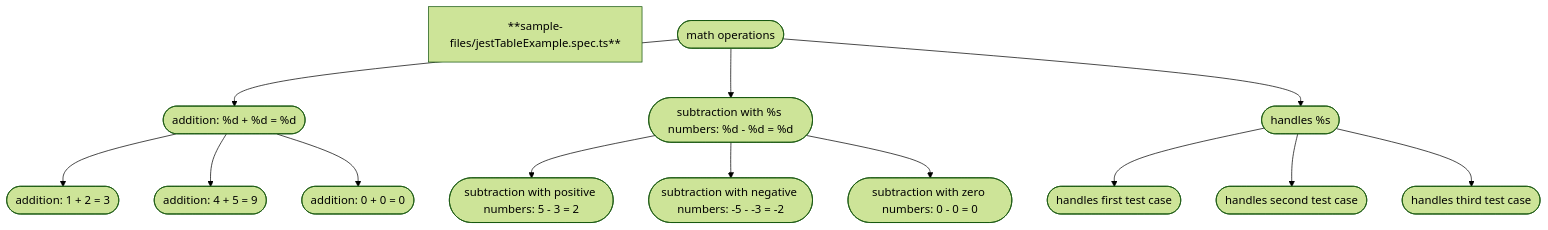
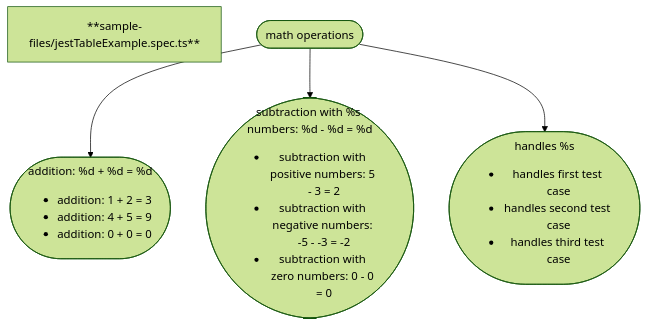
The diagram in sample-files/jestTableExample.spec.ts.mmd (arnaudrenaud/speccharts), drawn with Mermaid (forest theme) before and after one commit. The commit also changed 2 other files, not shown here.

```diff
--- a/sample-files/jestTableExample.spec.ts.mmd
+++ b/sample-files/jestTableExample.spec.ts.mmd
@@ -1,29 +1,11 @@
 flowchart TD
 title["**sample-files/jestTableExample.spec.ts**"]
 N0(["math operations"])
-N1(["addition: %d + %d = %d"])
+N1(["addition: %d + %d = %d<ul><li>addition: 1 + 2 = 3</li><li>addition: 4 + 5 = 9</li><li>addition: 0 + 0 = 0</li></ul>"])
 N0 --> N1
-N2(["addition: 1 + 2 = 3"])
-N1 --> N2
-N3(["addition: 4 + 5 = 9"])
-N1 --> N3
-N4(["addition: 0 + 0 = 0"])
-N1 --> N4
-N5(["subtraction with %s numbers: %d - %d = %d"])
-N0 --> N5
-N6(["subtraction with positive numbers: 5 - 3 = 2"])
-N5 --> N6
-N7(["subtraction with negative numbers: -5 - -3 = -2"])
-N5 --> N7
-N8(["subtraction with zero numbers: 0 - 0 = 0"])
-N5 --> N8
-N9(["handles %s"])
-N0 --> N9
-N10(["handles first test case"])
-N9 --> N10
-N11(["handles second test case"])
-N9 --> N11
-N12(["handles third test case"])
-N9 --> N12
+N2(["subtraction with %s numbers: %d - %d = %d<ul><li>subtraction with positive numbers: 5 - 3 = 2</li><li>subtraction with negative numbers: -5 - -3 = -2</li><li>subtraction with zero numbers: 0 - 0 = 0</li></ul>"])
+N0 --> N2
+N3(["handles %s<ul><li>handles first test case</li><li>handles second test case</li><li>handles third test case</li></ul>"])
+N0 --> N3
 
 %% ✴ Generated by speccharts v0.3.1 ✴ https://github.com/arnaudrenaud/speccharts
```
